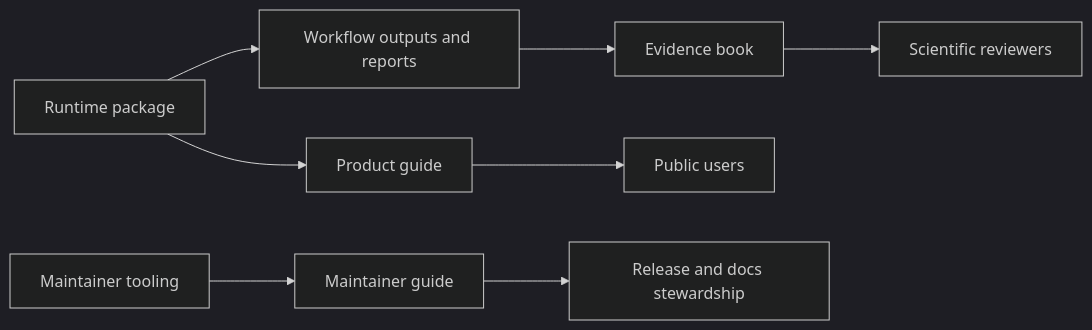
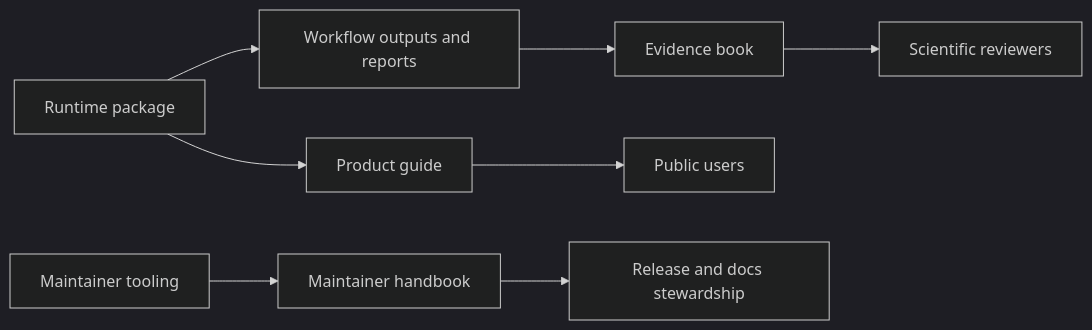
One commit to bijux/bijux-phylogenetics changed the diagram in docs/index.md. Above: the diagram before and after it, drawn with Mermaid (dark theme). The commit also changed other lines of this file and 17 other files, not shown here.

Commit message:
docs(maintainer): reshape handbook navigation

````diff
--- a/docs/index.md
+++ b/docs/index.md
@@ -48,10 +48,10 @@
 ```mermaid
 flowchart LR
     A[Runtime package] --> B[Product guide]
     A --> C[Workflow outputs and reports]
     C --> D[Evidence book]
     B --> E[Public users]
     D --> F[Scientific reviewers]
-    G[Maintainer tooling] --> H[Maintainer guide]
+    G[Maintainer tooling] --> H[Maintainer handbook]
     H --> I[Release and docs stewardship]
 ```
````
